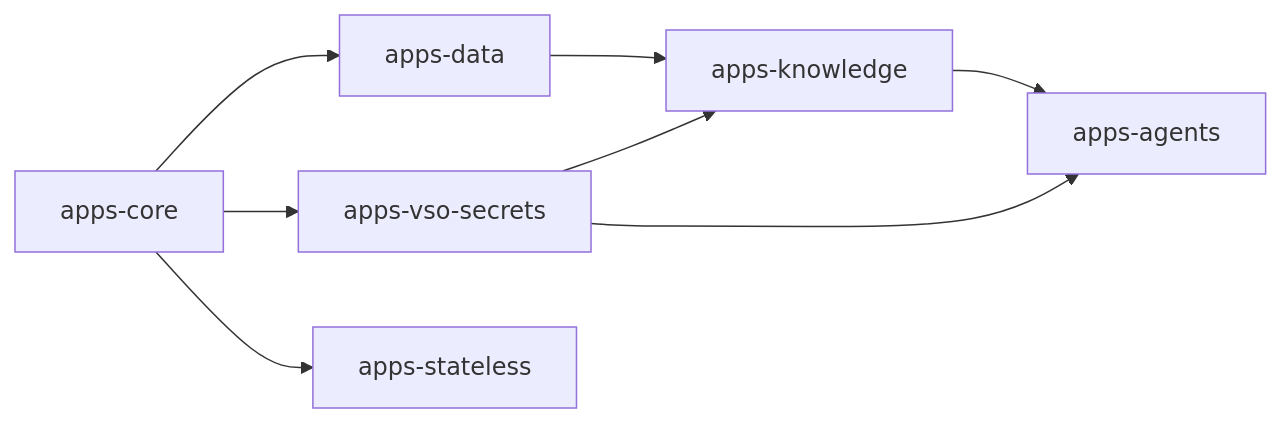
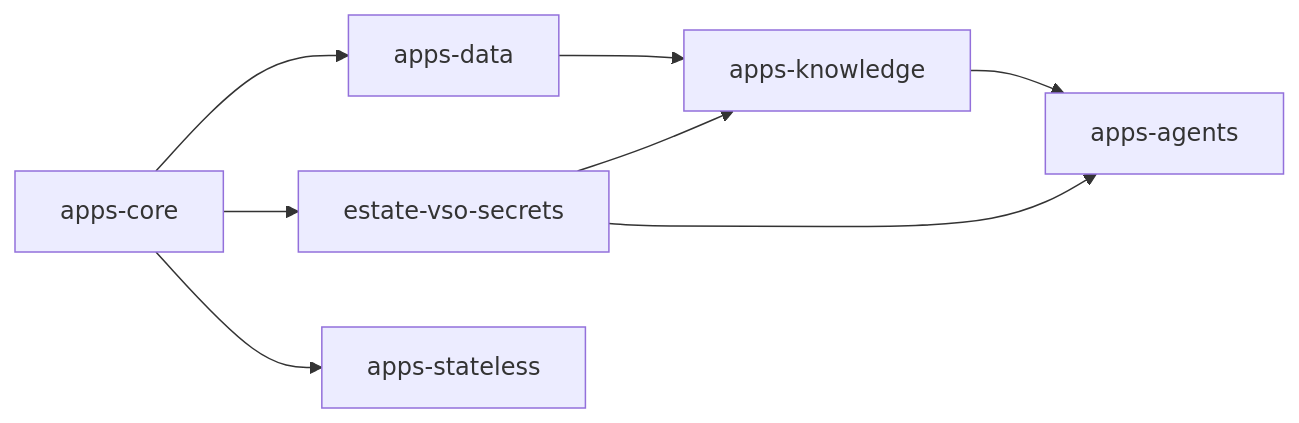
The third of 3 diagrams in spec/v1/20-resolved-deployment.md (JorisJonkers-dev/deploy-kit), drawn with Mermaid before and after one commit. The commit also changed other lines of this file and 51 other files, not shown here.

First line of the commit message:
fix: keep the estate-scoped tree out of apps/, so a Project named edge is delivered as itself (#255)

````diff
--- a/spec/v1/20-resolved-deployment.md
+++ b/spec/v1/20-resolved-deployment.md
@@ -1739,10 +1745,10 @@
 ```mermaid
 flowchart LR
-    core["apps-core"] --> vso["apps-vso-secrets"]
+    core["apps-core"] --> vso["estate-vso-secrets"]
     core --> data["apps-data"]
     core --> sl["apps-stateless"]
     data --> know["apps-knowledge"]
     vso --> know
     know --> agents["apps-agents"]
     vso --> agents
 ```
````
